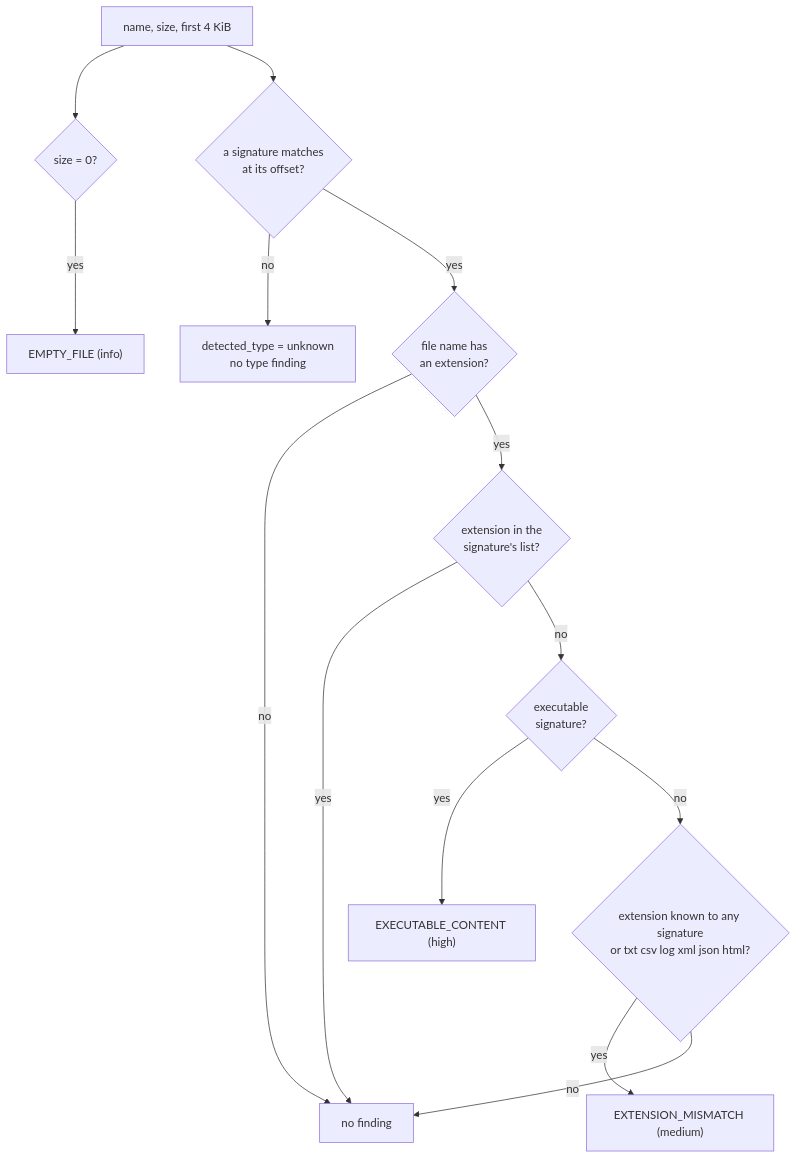
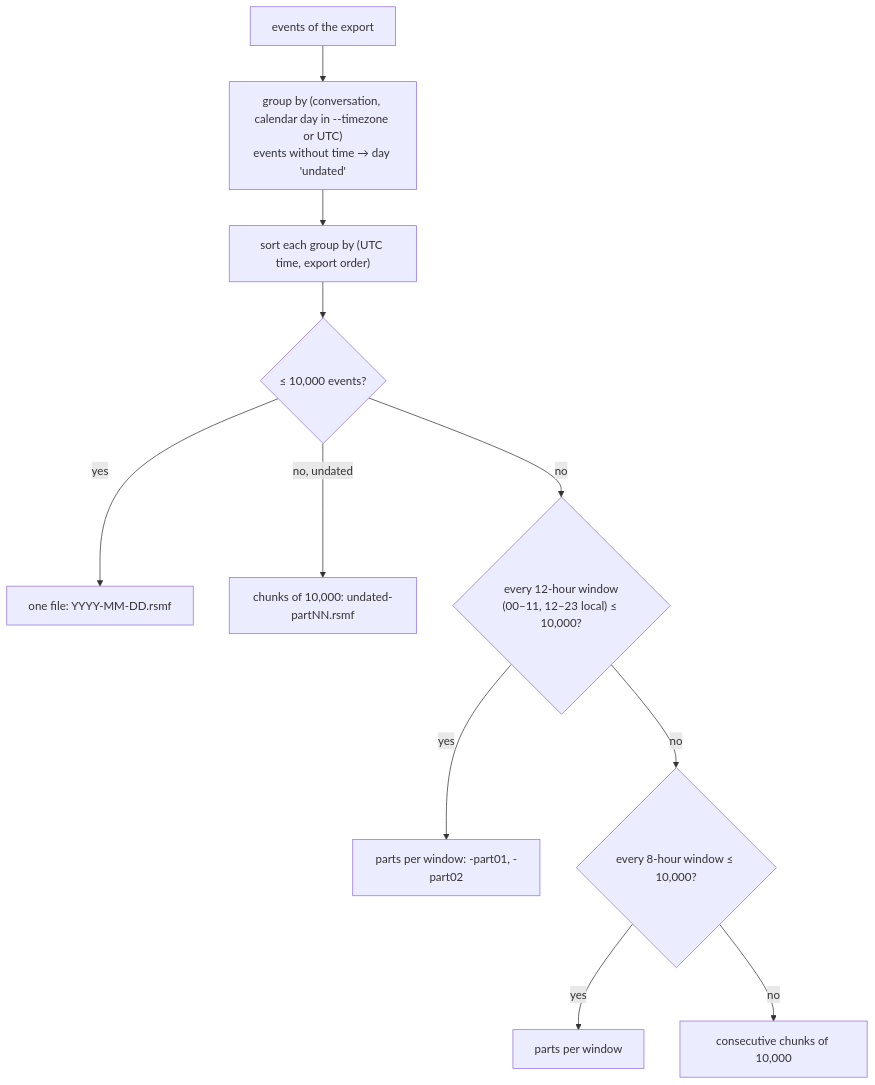
Before and after one commit to Panacota96/rv-rsmf: the ninth of 13 diagrams in docs/theory.md, drawn with Mermaid. The commit also changed other lines of this file and 12 other files, not shown here.

````diff
--- a/docs/theory.md
+++ b/docs/theory.md
@@ -372,16 +554,13 @@
 ```mermaid
 flowchart TB
-    S["name, size, first 4 KiB"] --> Z{"size = 0?"}
-    Z -->|yes| E0["EMPTY_FILE (info)"]
-    S --> D{"a signature matches<br/>at its offset?"}
-    D -->|no| U["detected_type = unknown<br/>no type finding"]
-    D -->|yes| X{"file name has<br/>an extension?"}
-    X -->|no| N["no finding"]
-    X -->|yes| L{"extension in the<br/>signature's list?"}
-    L -->|yes| N
-    L -->|no| P{"executable<br/>signature?"}
-    P -->|yes| H["EXECUTABLE_CONTENT (high)"]
-    P -->|no| K{"extension known to any signature<br/>or txt csv log xml json html?"}
-    K -->|yes| M["EXTENSION_MISMATCH (medium)"]
-    K -->|no| N
+    E["events of the export"] --> G["group by (conversation, calendar day in --timezone or UTC)<br/>events without time → day 'undated'"]
+    G --> S["sort each group by (UTC time, export order)"]
+    S --> Q{"≤ 10,000 events?"}
+    Q -->|yes| F["one file: YYYY-MM-DD.rsmf"]
+    Q -->|"no, undated"| U["chunks of 10,000: undated-partNN.rsmf"]
+    Q -->|no| W12{"every 12-hour window<br/>(00–11, 12–23 local) ≤ 10,000?"}
+    W12 -->|yes| P12["parts per window: -part01, -part02"]
+    W12 -->|no| W8{"every 8-hour window ≤ 10,000?"}
+    W8 -->|yes| P8["parts per window"]
+    W8 -->|no| C["consecutive chunks of 10,000"]
 ```
````
